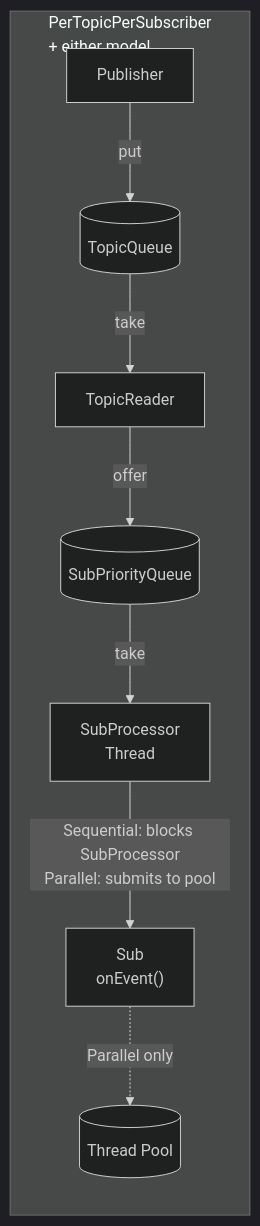
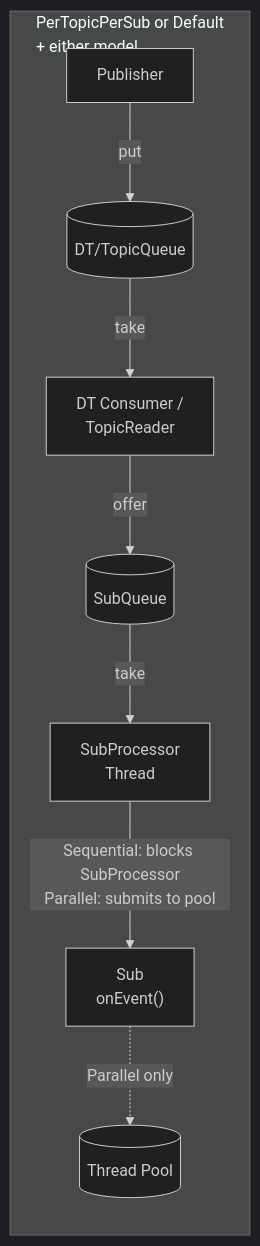
Before and after one commit to wldt/wldt-core-java: diagram 14 of 14 in docs/event_bus_evaluation.md, drawn with Mermaid (dark theme). The commit also changed other lines of this file and 20 other files, not shown here.

````diff
--- a/docs/event_bus_evaluation.md
+++ b/docs/event_bus_evaluation.md
@@ -610,11 +711,11 @@
 ```mermaid
 flowchart LR
-    subgraph ptps [PerTopicPerSubscriber\n+ either model]
-        PP_P[Publisher] -->|"put"| PP_TQ[("TopicQueue")]
-        PP_TQ -->|"take"| PP_TR["TopicReader"]
-        PP_TR -->|"offer"| PP_SQ[("SubPriorityQueue")]
+    subgraph ptps [PerTopicPerSub or Default\n+ either model]
+        PP_P[Publisher] -->|"put"| PP_TQ[("DT/TopicQueue")]
+        PP_TQ -->|"take"| PP_TR["DT Consumer /\nTopicReader"]
+        PP_TR -->|"offer"| PP_SQ[("SubQueue")]
         PP_SQ -->|"take"| PP_SP["SubProcessor\nThread"]
         PP_SP -->|"Sequential: blocks SubProcessor\nParallel: submits to pool"| PP_S["Sub\nonEvent()"]
         PP_S -.->|"Parallel only"| PP_POOL[("Thread Pool")]
     end
 ```
````
